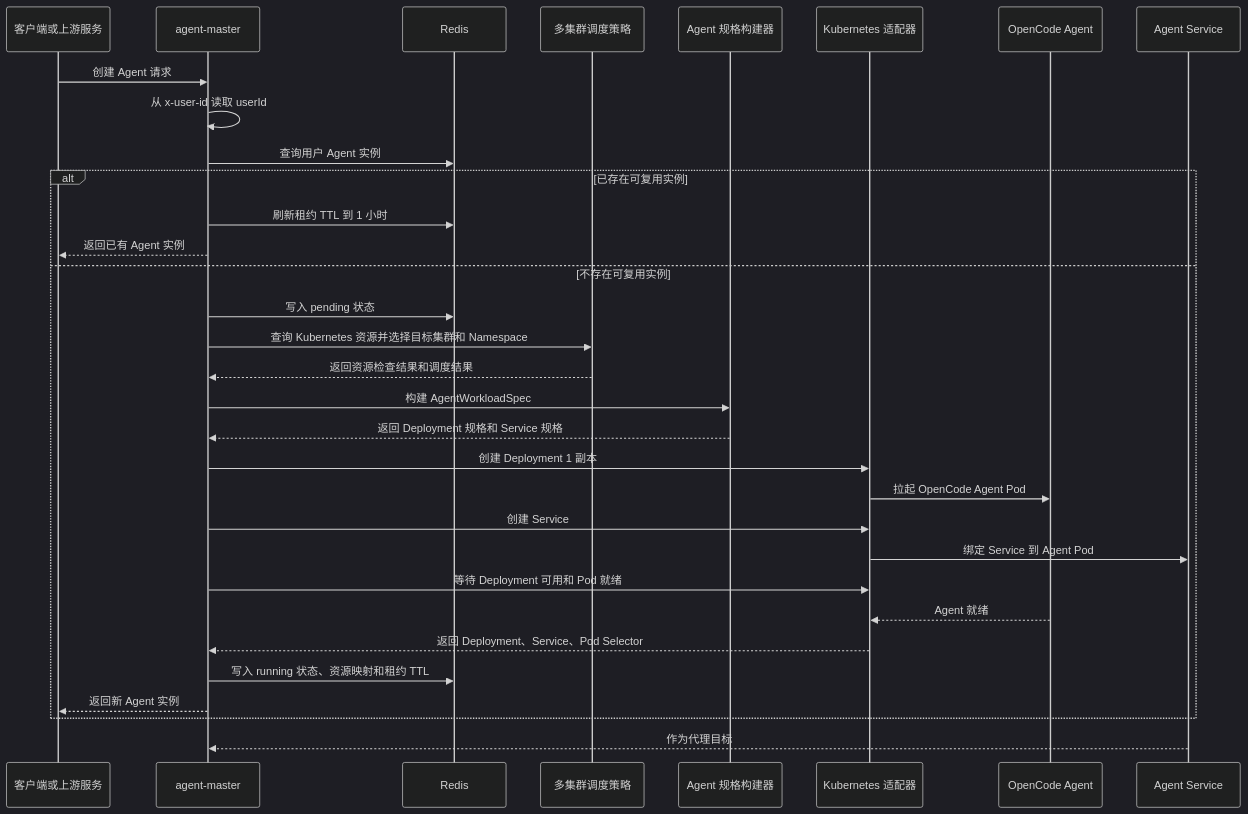
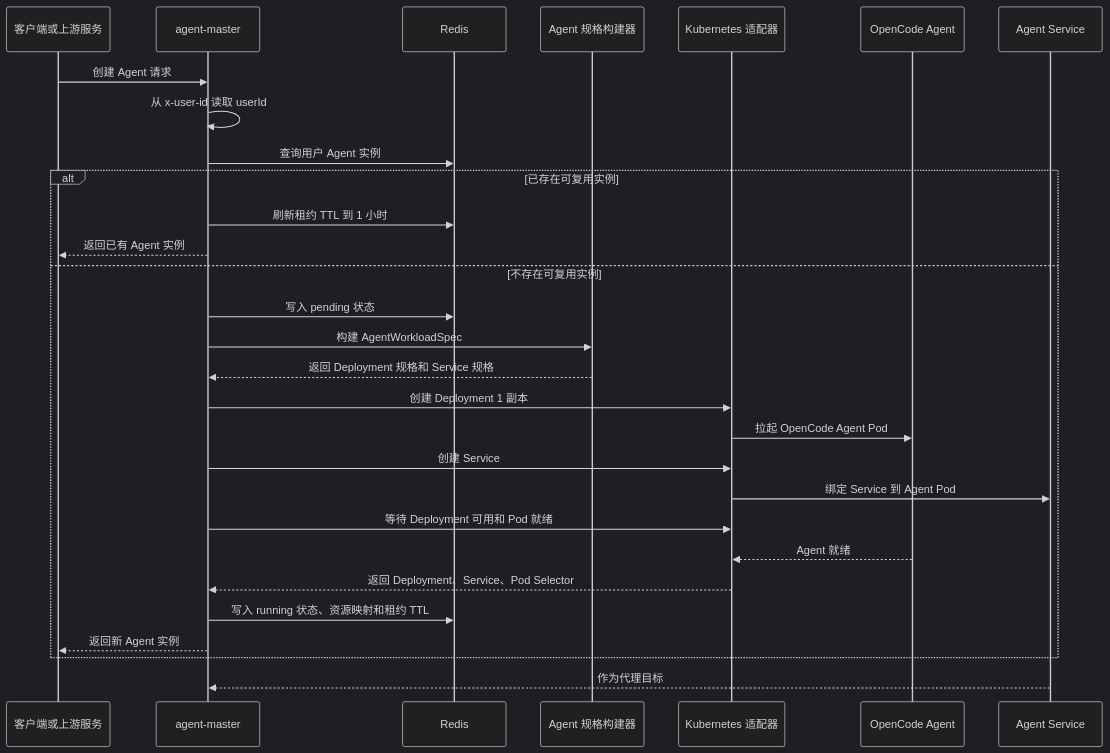
Before and after one commit to ArchAIHarness/agent-master: the second of 7 diagrams in README.md, drawn with Mermaid (dark theme). The commit also changed other lines of this file and 32 other files, not shown here.

````diff
--- a/README.md
+++ b/README.md
@@ -107,35 +107,32 @@
 ```mermaid
 sequenceDiagram
     participant C as 客户端或上游服务
     participant A as agent-master
     participant R as Redis
-    participant P as 多集群调度策略
     participant B as Agent 规格构建器
     participant K as Kubernetes 适配器
     participant W as OpenCode Agent
     participant S as Agent Service
 
     C->>A: 创建 Agent 请求
     A->>A: 从 x-user-id 读取 userId
     A->>R: 查询用户 Agent 实例
     alt 已存在可复用实例
         A->>R: 刷新租约 TTL 到 1 小时
         A-->>C: 返回已有 Agent 实例
     else 不存在可复用实例
         A->>R: 写入 pending 状态
-        A->>P: 查询 Kubernetes 资源并选择目标集群和 Namespace
-        P-->>A: 返回资源检查结果和调度结果
         A->>B: 构建 AgentWorkloadSpec
         B-->>A: 返回 Deployment 规格和 Service 规格
         A->>K: 创建 Deployment 1 副本
         K->>W: 拉起 OpenCode Agent Pod
         A->>K: 创建 Service
         K->>S: 绑定 Service 到 Agent Pod
         A->>K: 等待 Deployment 可用和 Pod 就绪
         W-->>K: Agent 就绪
         K-->>A: 返回 Deployment、Service、Pod Selector
         A->>R: 写入 running 状态、资源映射和租约 TTL
         A-->>C: 返回新 Agent 实例
     end
     S-->>A: 作为代理目标
 ```
````
